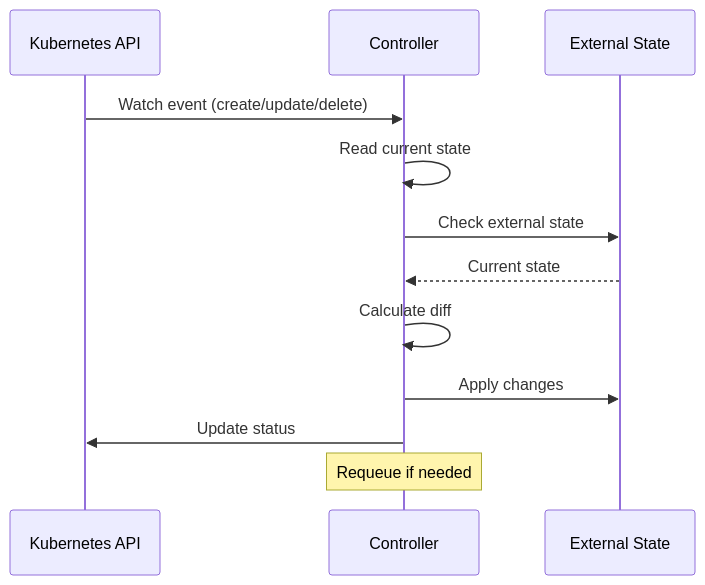
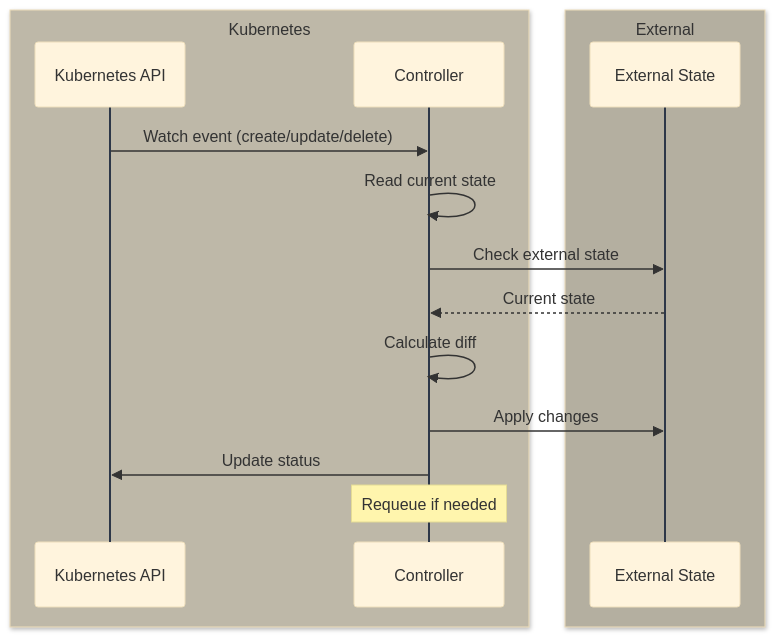
One commit to zszabo-rh/openshift-install-guide changed the third of 7 diagrams in 07-operators-controllers/overview.md. Above: the diagram before and after it, drawn with Mermaid. The commit also changed other lines of this file and 16 other files, not shown here.

Commit message:
improved diagram style

````diff
--- a/07-operators-controllers/overview.md
+++ b/07-operators-controllers/overview.md
@@ -110,16 +141,22 @@
 ```mermaid
+%%{init: {'theme': 'base', 'themeVariables': { 'lineColor': '#2d3748', 'actorLineColor': '#2d3748' }}}%%
 sequenceDiagram
-    participant API as Kubernetes API
-    participant Ctrl as Controller
-    participant State as External State
+    box rgb(190,184,168) Kubernetes
+        participant API as Kubernetes API
+        participant Ctrl as Controller
+    end
+    
+    box rgb(180,175,160) External
+        participant State as External State
+    end
     
     API->>Ctrl: Watch event (create/update/delete)
     Ctrl->>Ctrl: Read current state
     Ctrl->>State: Check external state
     State-->>Ctrl: Current state
     Ctrl->>Ctrl: Calculate diff
     Ctrl->>State: Apply changes
     Ctrl->>API: Update status
     
     Note over Ctrl: Requeue if needed
 ```
````
